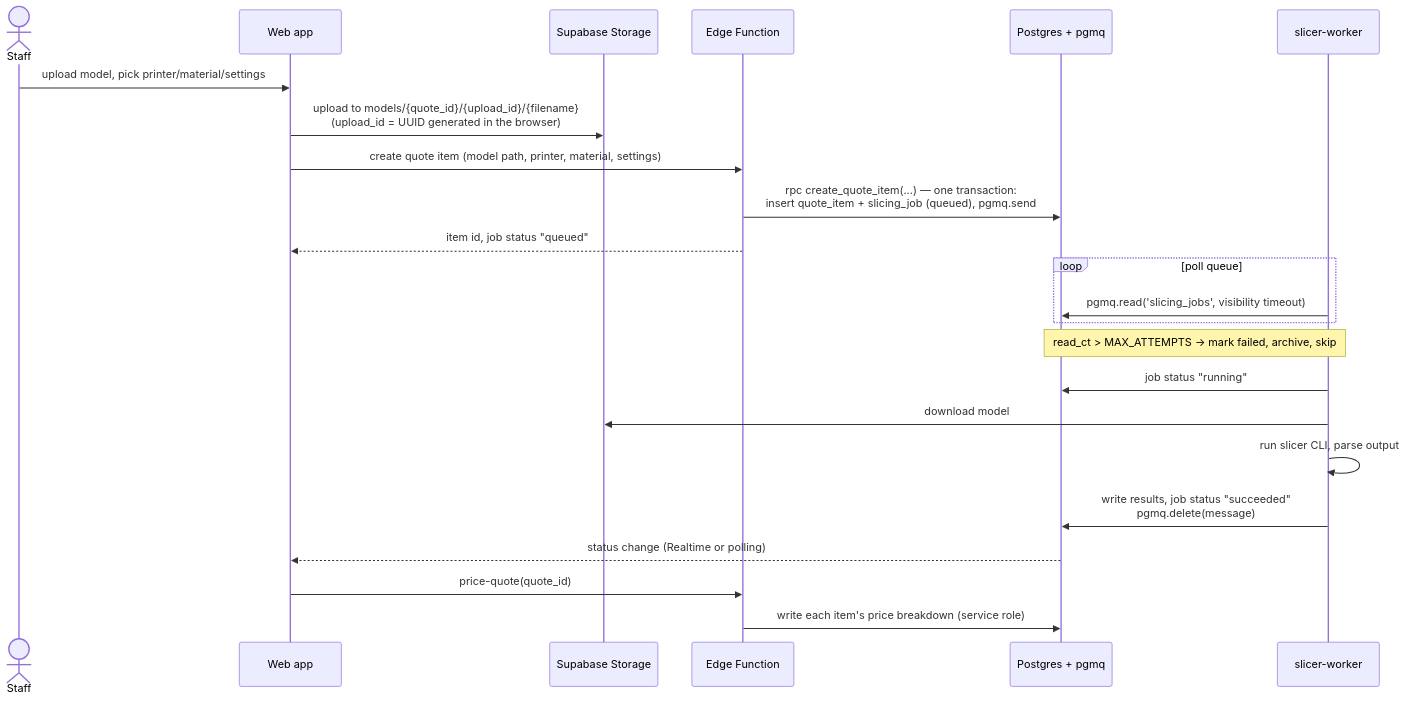
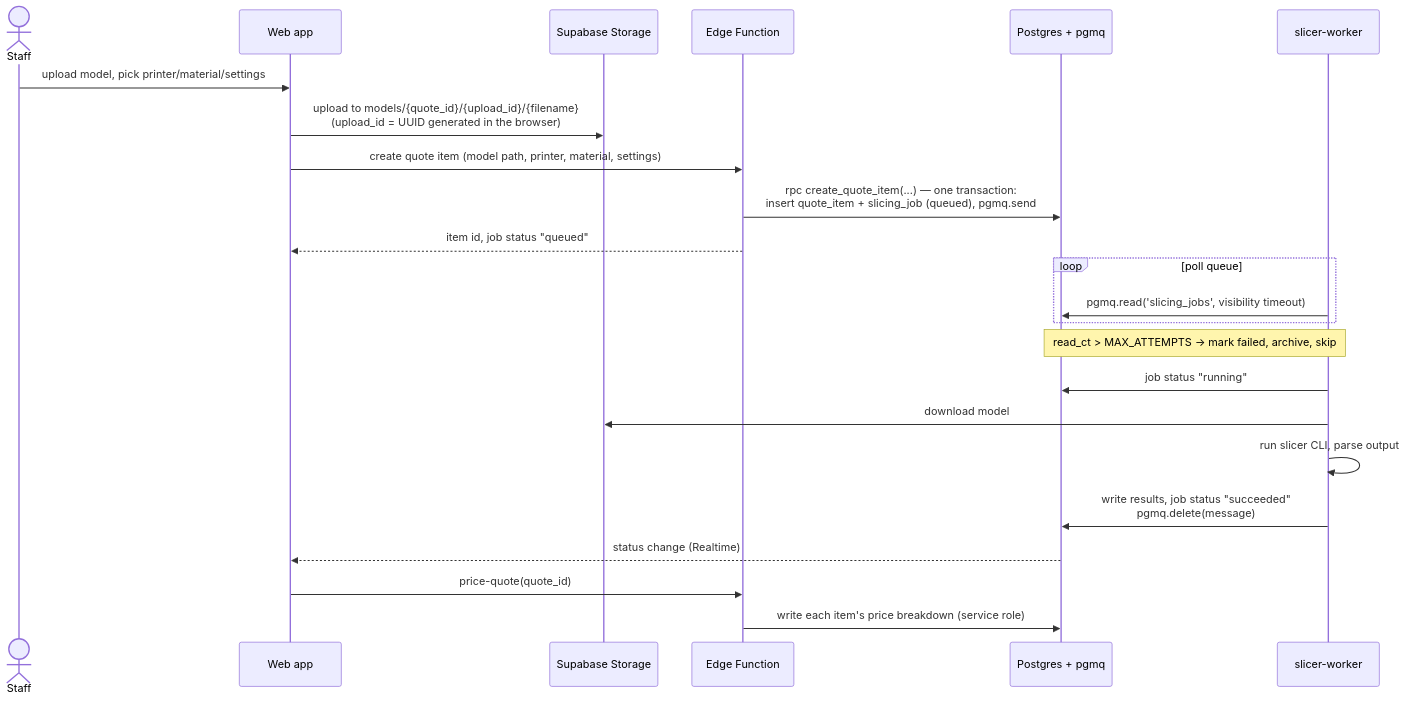
The first of 2 diagrams in docs/architecture/overview.md (AleTornesello/3D-Quote), drawn with Mermaid before and after one commit. The commit also changed other lines of this file and 4 other files, not shown here.

````diff
--- a/docs/architecture/overview.md
+++ b/docs/architecture/overview.md
@@ -21,26 +21,26 @@
 ```mermaid
 sequenceDiagram
     actor Staff
     participant Web as Web app
     participant Storage as Supabase Storage
     participant Fn as Edge Function
     participant DB as Postgres + pgmq
     participant Worker as slicer-worker
 
     Staff->>Web: upload model, pick printer/material/settings
     Web->>Storage: upload to models/{quote_id}/{upload_id}/{filename}<br/>(upload_id = UUID generated in the browser)
     Web->>Fn: create quote item (model path, printer, material, settings)
     Fn->>DB: rpc create_quote_item(...) — one transaction:<br/>insert quote_item + slicing_job (queued), pgmq.send
     Fn-->>Web: item id, job status "queued"
     loop poll queue
         Worker->>DB: pgmq.read('slicing_jobs', visibility timeout)
     end
     Note over Worker,DB: read_ct > MAX_ATTEMPTS → mark failed, archive, skip
     Worker->>DB: job status "running"
     Worker->>Storage: download model
     Worker->>Worker: run slicer CLI, parse output
     Worker->>DB: write results, job status "succeeded"<br/>pgmq.delete(message)
-    DB-->>Web: status change (Realtime or polling)
+    DB-->>Web: status change (Realtime)
     Web->>Fn: price-quote(quote_id)
     Fn->>DB: write each item's price breakdown (service role)
 ```
````
